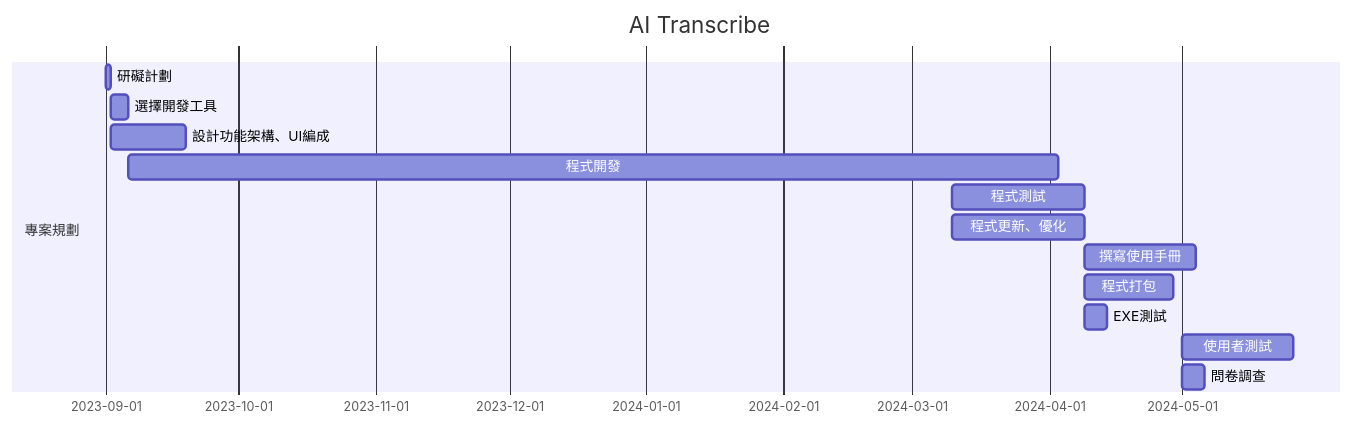
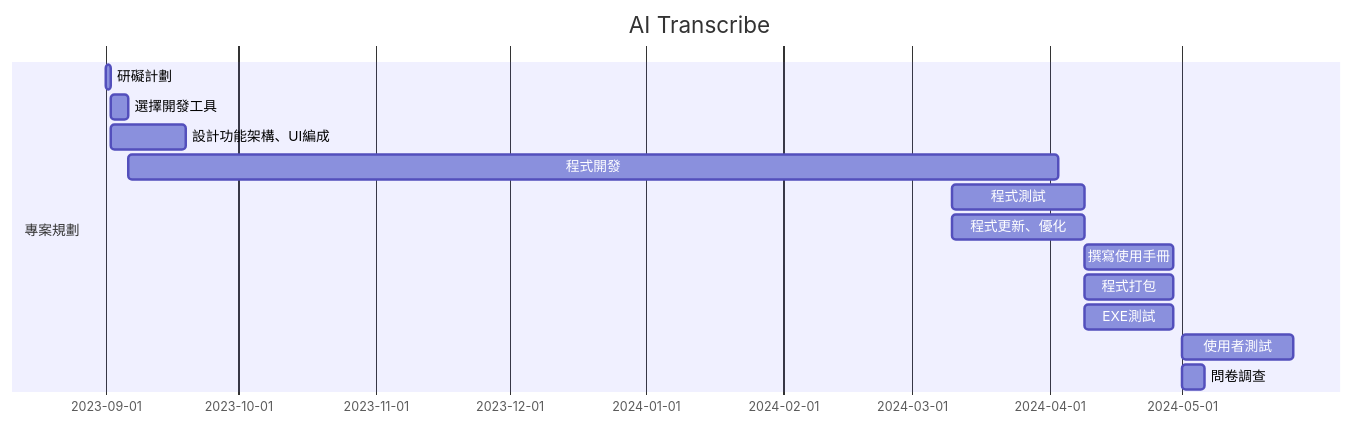
One commit to MITC110118132/23a changed the third of 4 diagrams in hw2.md. Above: the diagram before and after it, drawn with Mermaid.

````diff
--- a/hw2.md
+++ b/hw2.md
@@ -34,17 +34,17 @@
 ```mermaid
 gantt
     title AI Transcribe
 
     section 專案規劃
     研礙計劃           :a1, 2023-09-01, 1d
     選擇開發工具           :a2, after a1  , 4d
     設計功能架構、UI編成           :a3, after a1  , 17d
     程式開發           :a4, after a2  , 210d
     程式測試           :a5, 2024-03-10  , 30d
     程式更新、優化           :a6, 2024-03-10  , 30d
-    撰寫使用手冊        :a7, after a6  , 25d
+    撰寫使用手冊        :a7, after a6  , 20d
     程式打包           :a8, after a6  , 20d
-    EXE測試           :a9, after a6  , 5d
+    EXE測試           :a9, after a6  , 20d
     使用者測試         :a10, 2024-05-01  , 25d
     問卷調查           :a11, 2024-05-01 , 5d
 ```
````
